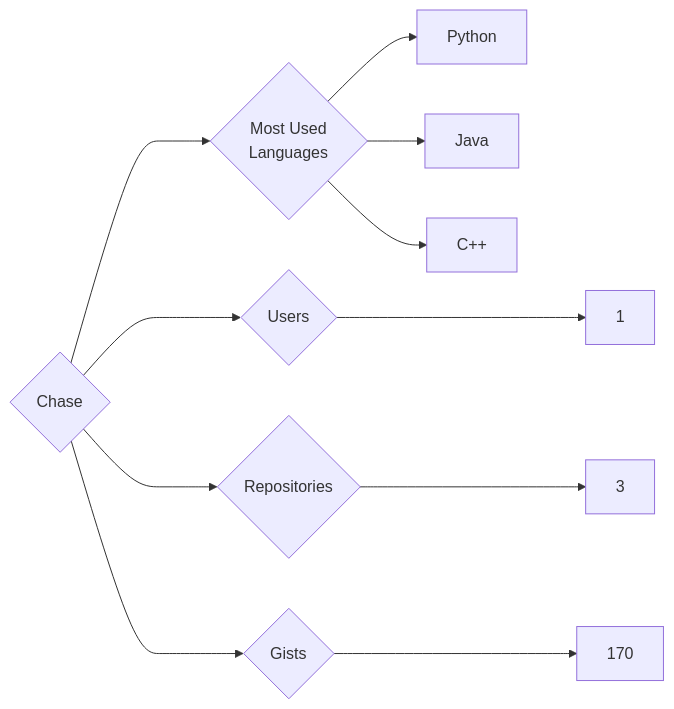
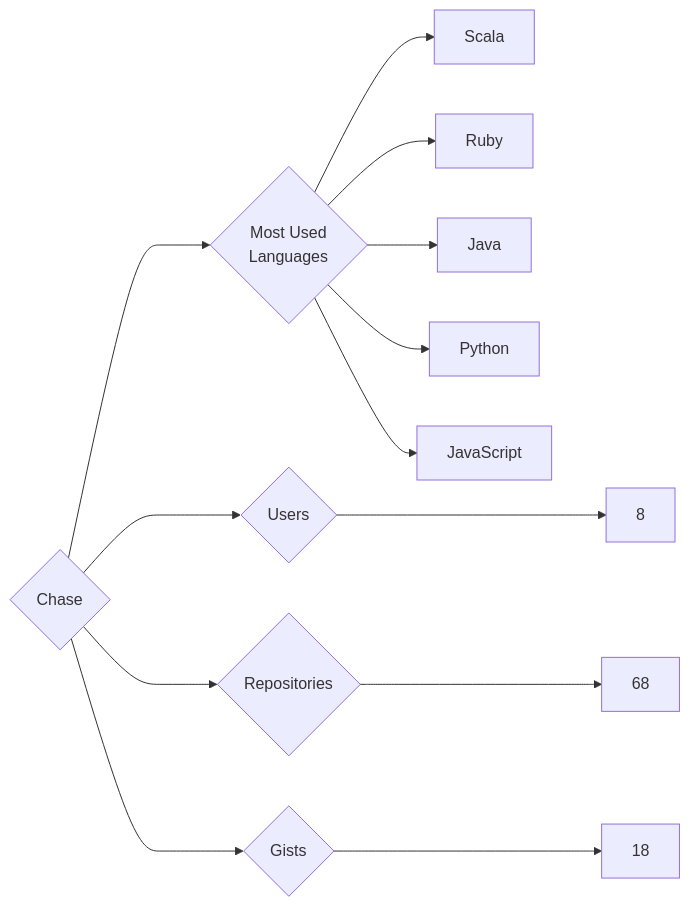
Before and after one commit to trickest/insiders: the diagram in targets/Chase/README.md, drawn with Mermaid. The commit also changed 1089 other files, not shown here.

````diff
--- a/targets/Chase/README.md
+++ b/targets/Chase/README.md
@@ -3,11 +3,13 @@
 ```mermaid
 graph LR
 COMPANY_NAME{Chase}
-COMPANY_NAME ---> U{Users} ---> UN[1]
-COMPANY_NAME ---> R{Repositories} ---> RN[3]
-COMPANY_NAME ---> G{Gists} ---> GN[170]
+COMPANY_NAME ---> U{Users} ---> UN[8]
+COMPANY_NAME ---> R{Repositories} ---> RN[68]
+COMPANY_NAME ---> G{Gists} ---> GN[18]
 COMPANY_NAME ---> ML{Most Used<br>Languages}
+ML --> Scala[Scala]
+ML --> Ruby[Ruby]
+ML --> Java[Java]
 ML --> Python[Python]
-ML --> Java[Java]
-ML --> C++[C++]
+ML --> JavaScript[JavaScript]
 ```
````
